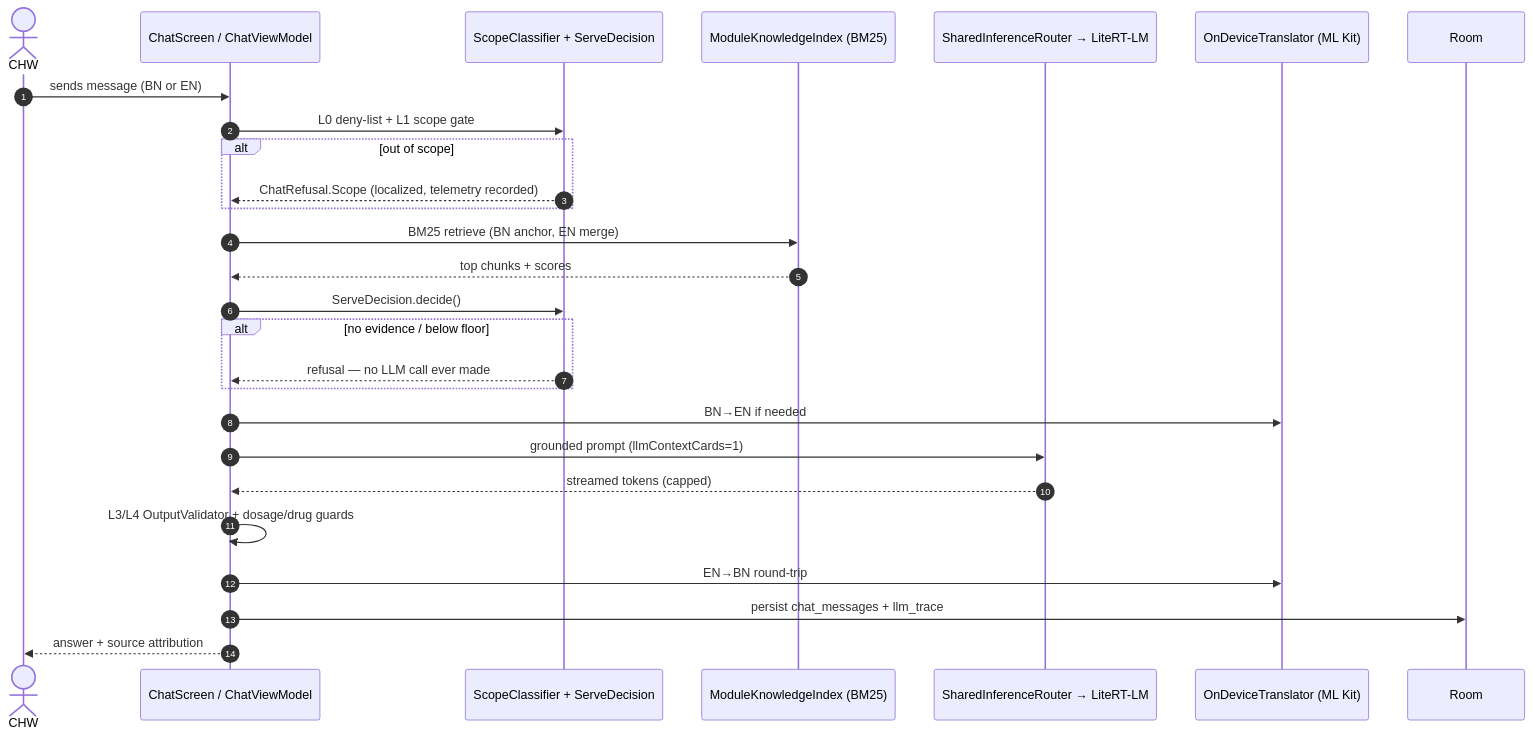
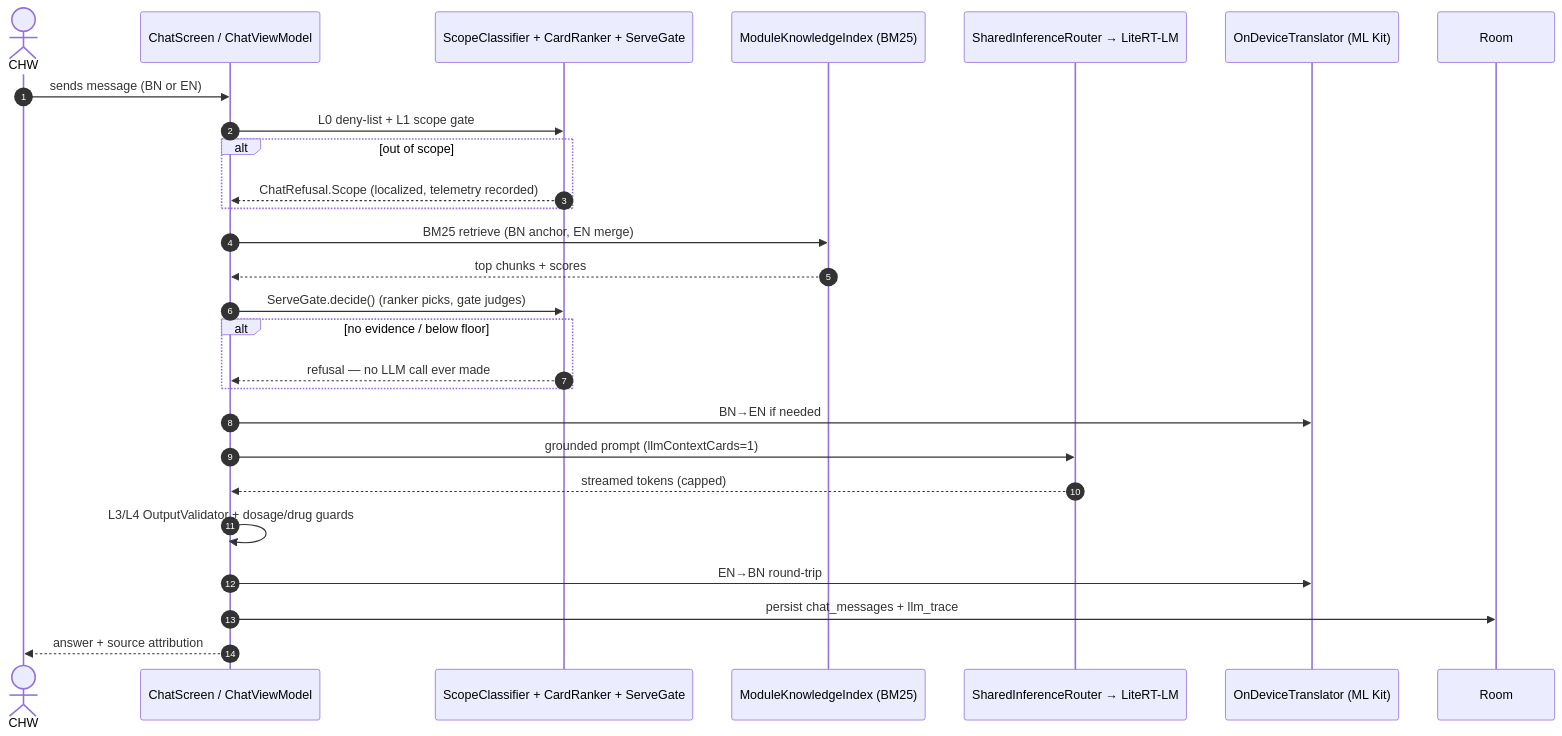
Before and after one commit to ndungtse/spice-coaching-android: the sixth of 10 diagrams in docs/ARCHITECTURE.md, drawn with Mermaid. The commit also changed other lines of this file and 5 other files, not shown here.

First line of the commit message:
Docs: ranker and gate stages, trace lines, and the verbatim fallback

````diff
--- a/docs/ARCHITECTURE.md
+++ b/docs/ARCHITECTURE.md
@@ -384,30 +384,30 @@
 ```mermaid
 sequenceDiagram
     autonumber
     actor CHW
     participant UI as ChatScreen / ChatViewModel
-    participant Gate as ScopeClassifier + ServeDecision
+    participant Gate as ScopeClassifier + CardRanker + ServeGate
     participant Index as ModuleKnowledgeIndex (BM25)
     participant LLM as SharedInferenceRouter → LiteRT-LM
     participant TR as OnDeviceTranslator (ML Kit)
     participant DB as Room
 
     CHW->>UI: sends message (BN or EN)
     UI->>Gate: L0 deny-list + L1 scope gate
     alt out of scope
         Gate-->>UI: ChatRefusal.Scope (localized, telemetry recorded)
     end
     UI->>Index: BM25 retrieve (BN anchor, EN merge)
     Index-->>UI: top chunks + scores
-    UI->>Gate: ServeDecision.decide()
+    UI->>Gate: ServeGate.decide() (ranker picks, gate judges)
     alt no evidence / below floor
         Gate-->>UI: refusal — no LLM call ever made
     end
     UI->>TR: BN→EN if needed
     UI->>LLM: grounded prompt (llmContextCards=1)
     LLM-->>UI: streamed tokens (capped)
     UI->>UI: L3/L4 OutputValidator + dosage/drug guards
     UI->>TR: EN→BN round-trip
     UI->>DB: persist chat_messages + llm_trace
     UI-->>CHW: answer + source attribution
 ```
````
